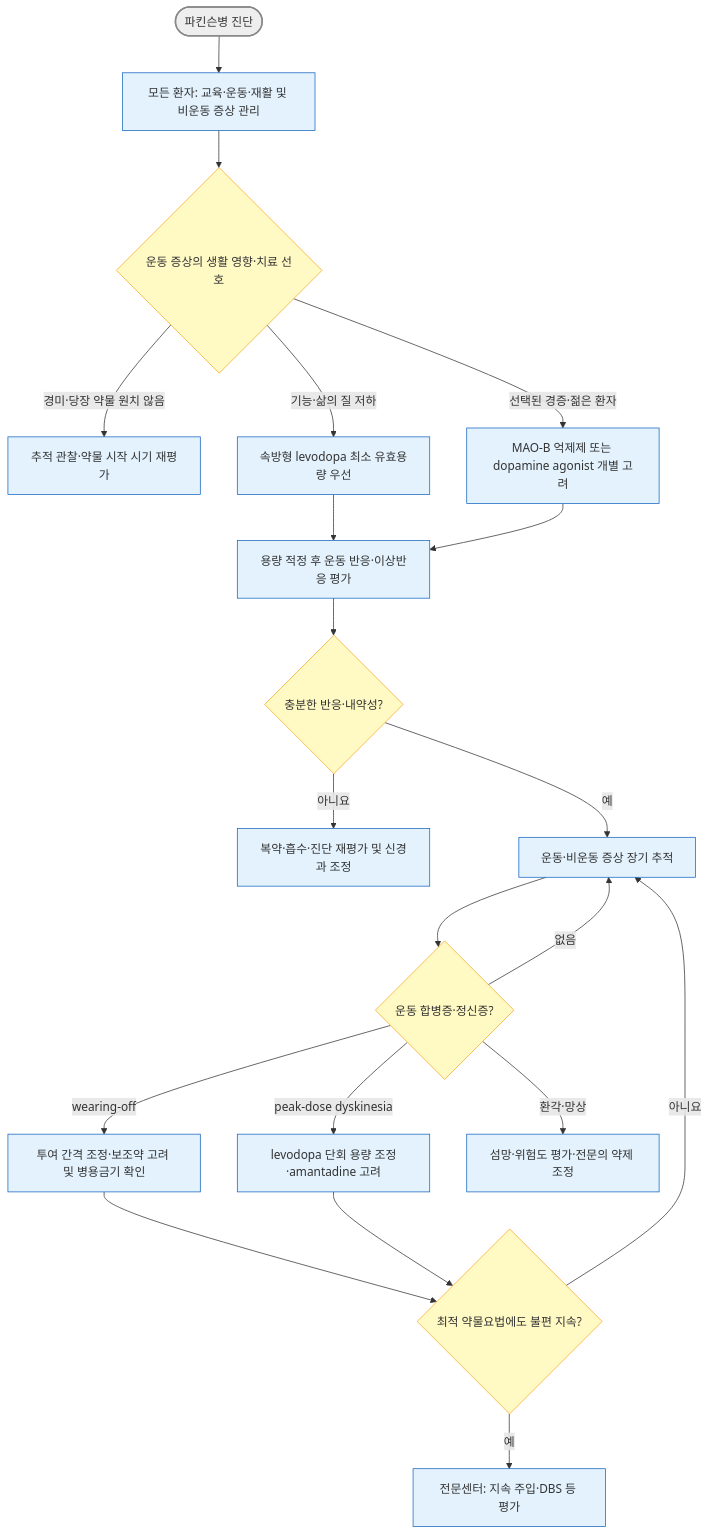
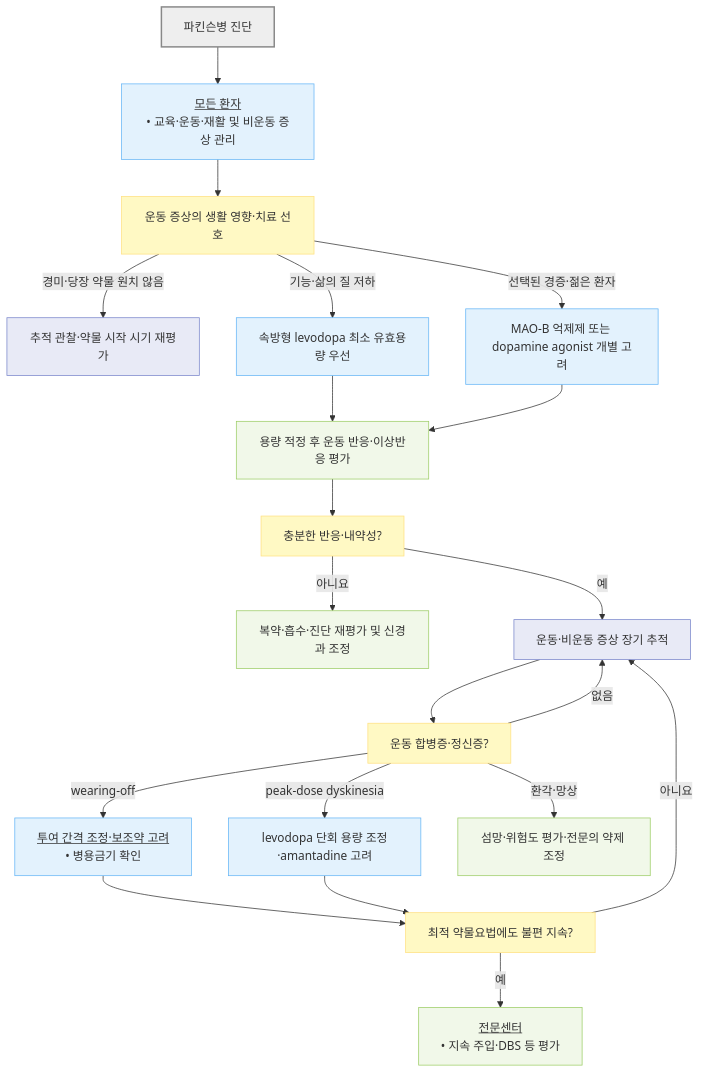
One commit to familyoh77/familyoh77 changed the second of 2 diagrams in 221_/035_-parkinsons-disease.md. Above: the diagram before and after it, drawn with Mermaid. The commit also changed other lines of this file and 17 other files, not shown here.

````diff
--- a/221_/035_-parkinsons-disease.md
+++ b/221_/035_-parkinsons-disease.md
@@ -270,27 +274,33 @@
 ```mermaid
 flowchart TD
-    A(["파킨슨병 진단"]) --> B["모든 환자: 교육·운동·재활 및 비운동 증상 관리"]
-    B --> C{"운동 증상의 생활 영향·치료 선호"}
+    A["파킨슨병 진단"] --> B["<u>모든 환자</u><br/>• 교육·운동·재활 및 비운동 증상 관리"]
+    B --> C["운동 증상의 생활 영향·치료 선호"]
     C -- "경미·당장 약물 원치 않음" --> D["추적 관찰·약물 시작 시기 재평가"]
     C -- "기능·삶의 질 저하" --> E["속방형 levodopa 최소 유효용량 우선"]
     C -- "선택된 경증·젊은 환자" --> F["MAO-B 억제제 또는 dopamine agonist 개별 고려"]
     E --> G["용량 적정 후 운동 반응·이상반응 평가"]
     F --> G
-    G --> H{"충분한 반응·내약성?"}
+    G --> H["충분한 반응·내약성?"]
     H -- "아니요" --> I["복약·흡수·진단 재평가 및 신경과 조정"]
     H -- "예" --> J["운동·비운동 증상 장기 추적"]
-    J --> K{"운동 합병증·정신증?"}
-    K -- "wearing-off" --> L["투여 간격 조정·보조약 고려 및 병용금기 확인"]
+    J --> K["운동 합병증·정신증?"]
+    K -- "wearing-off" --> L["<u>투여 간격 조정·보조약 고려</u><br/>• 병용금기 확인"]
     K -- "peak-dose dyskinesia" --> M["levodopa 단회 용량 조정·amantadine 고려"]
     K -- "환각·망상" --> N["섬망·위험도 평가·전문의 약제 조정"]
     K -- "없음" --> J
-    L --> O{"최적 약물요법에도 불편 지속?"}
+    L --> O["최적 약물요법에도 불편 지속?"]
     M --> O
-    O -- "예" --> P["전문센터: 지속 주입·DBS 등 평가"]
+    O -- "예" --> P["<u>전문센터</u><br/>• 지속 주입·DBS 등 평가"]
     O -- "아니요" --> J
-    style A fill:#eee,stroke:#888,stroke-width:2px
-    classDef decision fill:#fff9c4,stroke:#f9a825
-    classDef action fill:#e3f2fd,stroke:#1565c0
-    class C,H,K,O decision
-    class B,D,E,F,G,I,J,L,M,N,P action
+
+    classDef start fill:#eeeeee,stroke:#888888,stroke-width:2px
+    classDef question fill:#fff9c4,stroke:#ffe082
+    classDef evaluation fill:#f1f8e9,stroke:#9ccc65
+    classDef treatment fill:#e3f2fd,stroke:#64b5f6
+    classDef followup fill:#e8eaf6,stroke:#7986cb
+    class A start
+    class C,H,K,O question
+    class G,I,N,P evaluation
+    class B,E,F,L,M treatment
+    class D,J followup
 ```
````
